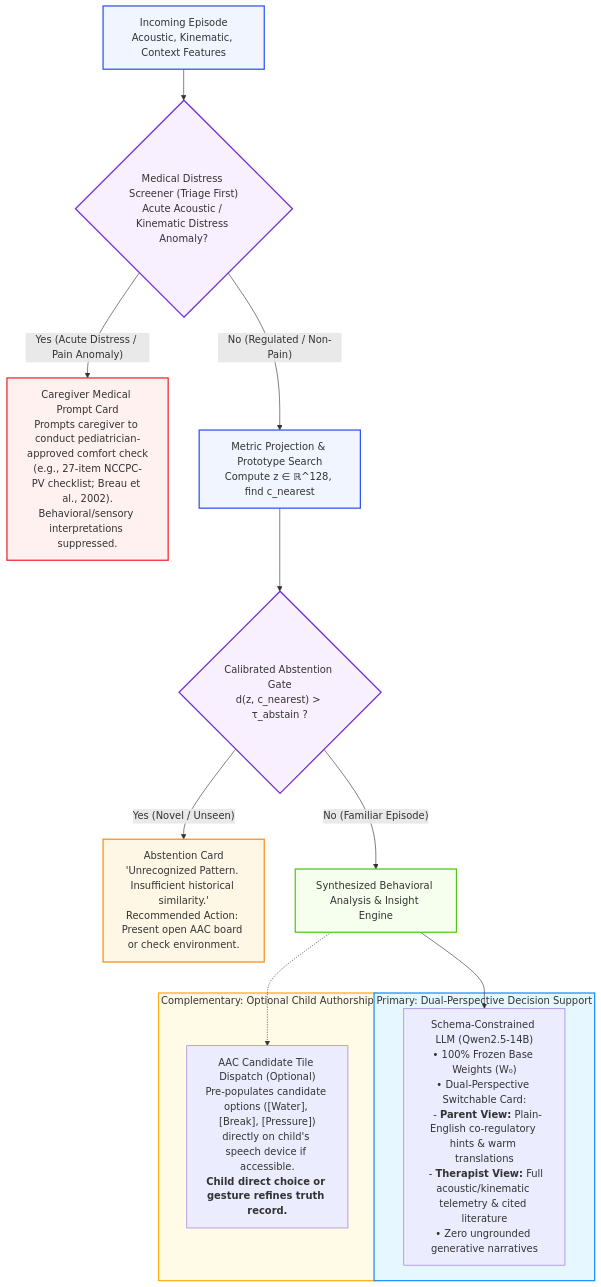
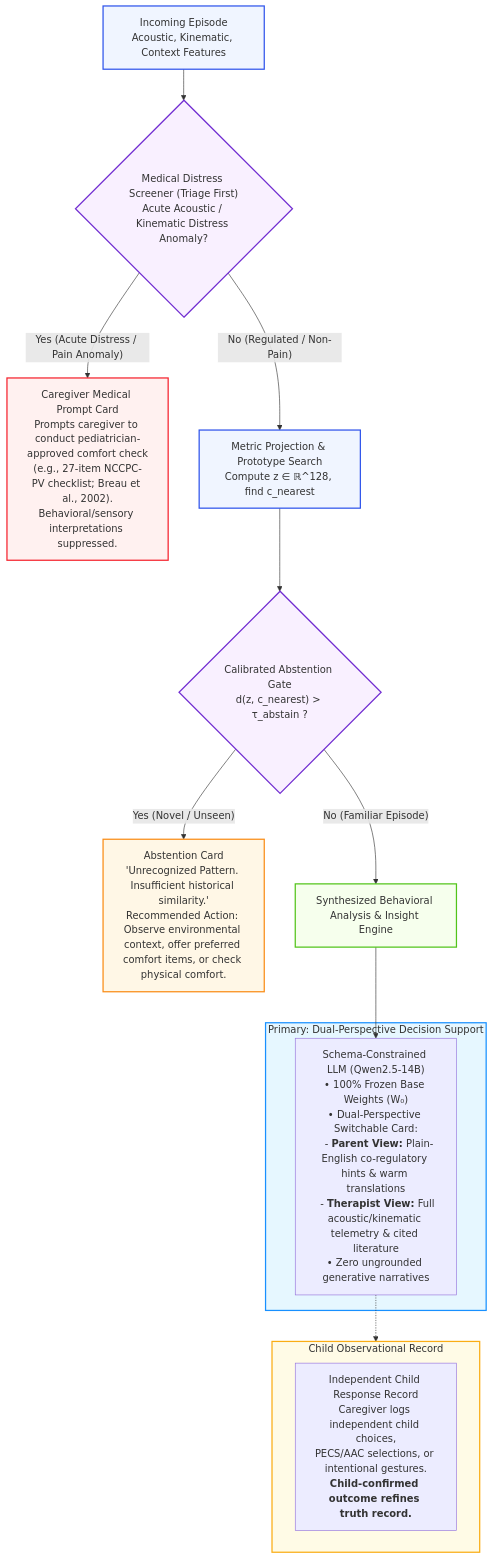
The sixth of 8 diagrams in DESIGN.md (olostan/project_n), drawn with Mermaid before and after one commit. The commit also changed other lines of this file and 7 other files, not shown here.

Commit message:
docs & specs: refine parent view framing, remove automated AAC dispatch, and align clinical notices

````diff
--- a/DESIGN.md
+++ b/DESIGN.md
@@ -200,35 +200,35 @@
 ```mermaid
 graph TD
     Query["Incoming Episode<br/>Acoustic, Kinematic, Context Features"] --> Gate1{"Medical Distress Screener (Triage First)<br/>Acute Acoustic / Kinematic Distress Anomaly?"}
 
     Gate1 -- "Yes (Acute Distress / Pain Anomaly)" --> MedicalCard["Caregiver Medical Prompt Card<br/>Prompts caregiver to conduct pediatrician-approved comfort check<br/>(e.g., 27-item NCCPC-PV checklist; Breau et al., 2002).<br/>Behavioral/sensory interpretations suppressed."]
 
     Gate1 -- "No (Regulated / Non-Pain)" --> Embed["Metric Projection & Prototype Search<br/>Compute z ∈ ℝ^128, find c_nearest"]
 
     Embed --> Gate2{"Calibrated Abstention Gate<br/>d(z, c_nearest) > τ_abstain ?"}
 
-    Gate2 -- "Yes (Novel / Unseen)" --> AbstainCard["Abstention Card<br/>'Unrecognized Pattern. Insufficient historical similarity.'<br/>Recommended Action: Present open AAC board or check environment."]
+    Gate2 -- "Yes (Novel / Unseen)" --> AbstainCard["Abstention Card<br/>'Unrecognized Pattern. Insufficient historical similarity.'<br/>Recommended Action: Observe environmental context, offer preferred comfort items, or check physical comfort."]
 
     Gate2 -- "No (Familiar Episode)" --> InsightSynthesis["Synthesized Behavioral Analysis & Insight Engine"]
 
     subgraph CaregiverPathway ["Primary: Dual-Perspective Decision Support"]
         LLM["Schema-Constrained LLM (Qwen2.5-14B)<br/>• 100% Frozen Base Weights (W₀)<br/>• Dual-Perspective Switchable Card:<br/>  - <b>Parent View:</b> Plain-English co-regulatory hints & warm translations<br/>  - <b>Therapist View:</b> Full acoustic/kinematic telemetry & cited literature<br/>• Zero ungrounded generative narratives"]
     end
 
-    subgraph AACPathway ["Complementary: Optional Child Authorship"]
-        AAC["AAC Candidate Tile Dispatch (Optional)<br/>Pre-populates candidate options ([Water], [Break], [Pressure])<br/>directly on child's speech device if accessible.<br/><b>Child direct choice or gesture refines truth record.</b>"]
+    subgraph ChildAgency ["Child Observational Record"]
+        ChildAgencyBox["Independent Child Response Record<br/>Caregiver logs independent child choices,<br/>PECS/AAC selections, or intentional gestures.<br/><b>Child-confirmed outcome refines truth record.</b>"]
     end
 
     InsightSynthesis --> LLM
-    InsightSynthesis -.-> AAC
+    LLM -.-> ChildAgency
 
     style Query fill:#f0f5ff,stroke:#2f54eb,stroke-width:2px
     style Gate1 fill:#f9f0ff,stroke:#722ed1,stroke-width:2px
     style Gate2 fill:#f9f0ff,stroke:#722ed1,stroke-width:2px
     style Embed fill:#f0f5ff,stroke:#2f54eb,stroke-width:2px
     style AbstainCard fill:#fff7e6,stroke:#fa8c16,stroke-width:2px
     style MedicalCard fill:#fff1f0,stroke:#f5222d,stroke-width:2px
     style InsightSynthesis fill:#f6ffed,stroke:#52c41a,stroke-width:2px
     style CaregiverPathway fill:#e6f7ff,stroke:#1890ff,stroke-width:2px
-    style AACPathway fill:#fffbe6,stroke:#faad14,stroke-width:2px
+    style ChildAgency fill:#fffbe6,stroke:#faad14,stroke-width:2px
 ```
````
